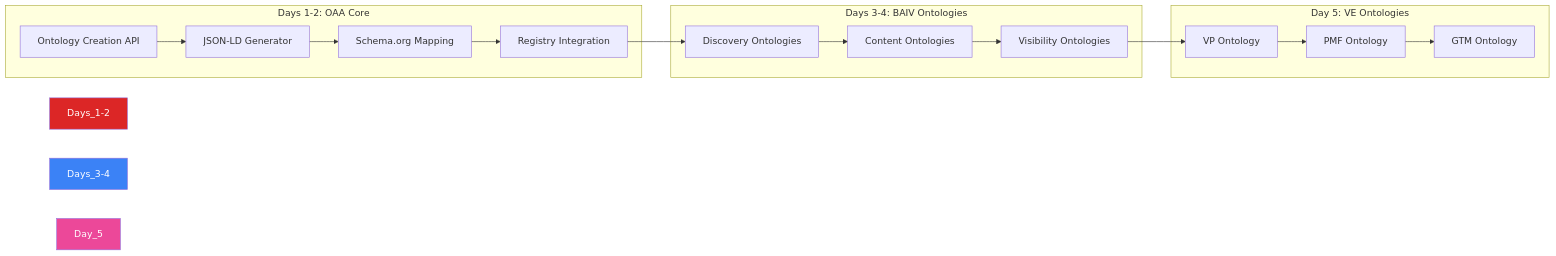
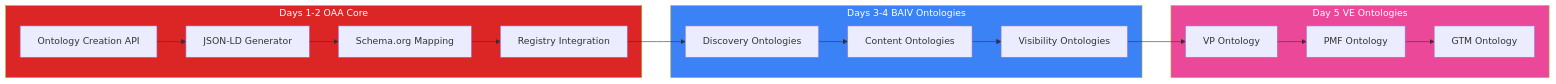
Diagram 12 of 17 in 1 Architecture/0.1 Solution architects/HLD-High-level/HLD_AGENTIC_SOLUTION_TEMPLATE.md (ajrmooreuk/PF-Prototype-Shared), drawn with Mermaid before and after one commit. The commit also changed other lines of this file, not shown here.

First line of the commit message:
docs: Complete mermaid diagram fixes - HLD v1.2.0

````diff
--- a/1 Architecture/0.1 Solution architects/HLD-High-level/HLD_AGENTIC_SOLUTION_TEMPLATE.md
+++ b/1 Architecture/0.1 Solution architects/HLD-High-level/HLD_AGENTIC_SOLUTION_TEMPLATE.md
@@ -687,29 +689,29 @@
 ```mermaid
 graph LR
-    subgraph "Days 1-2: OAA Core"
-        A[Ontology Creation API]
-        B[JSON-LD Generator]
-        C[Schema.org Mapping]
-        D[Registry Integration]
+    subgraph DAYS12W2["Days 1-2 OAA Core"]
+        A["Ontology Creation API"]
+        B["JSON-LD Generator"]
+        C["Schema.org Mapping"]
+        D["Registry Integration"]
     end
     
-    subgraph "Days 3-4: BAIV Ontologies"
-        E[Discovery Ontologies]
-        F[Content Ontologies]
-        G[Visibility Ontologies]
+    subgraph DAYS34W2["Days 3-4 BAIV Ontologies"]
+        E["Discovery Ontologies"]
+        F["Content Ontologies"]
+        G["Visibility Ontologies"]
     end
     
-    subgraph "Day 5: VE Ontologies"
-        H[VP Ontology]
-        I[PMF Ontology]
-        J[GTM Ontology]
+    subgraph DAY5W2["Day 5 VE Ontologies"]
+        H["VP Ontology"]
+        I["PMF Ontology"]
+        J["GTM Ontology"]
     end
     
     A --> B --> C --> D
     D --> E --> F --> G
     G --> H --> I --> J
     
-    style Days_1-2 fill:#DC2626,color:#fff
-    style Days_3-4 fill:#3B82F6,color:#fff
-    style Day_5 fill:#EC4899,color:#fff
+    style DAYS12W2 fill:#DC2626,color:#fff
+    style DAYS34W2 fill:#3B82F6,color:#fff
+    style DAY5W2 fill:#EC4899,color:#fff
 ```
````
